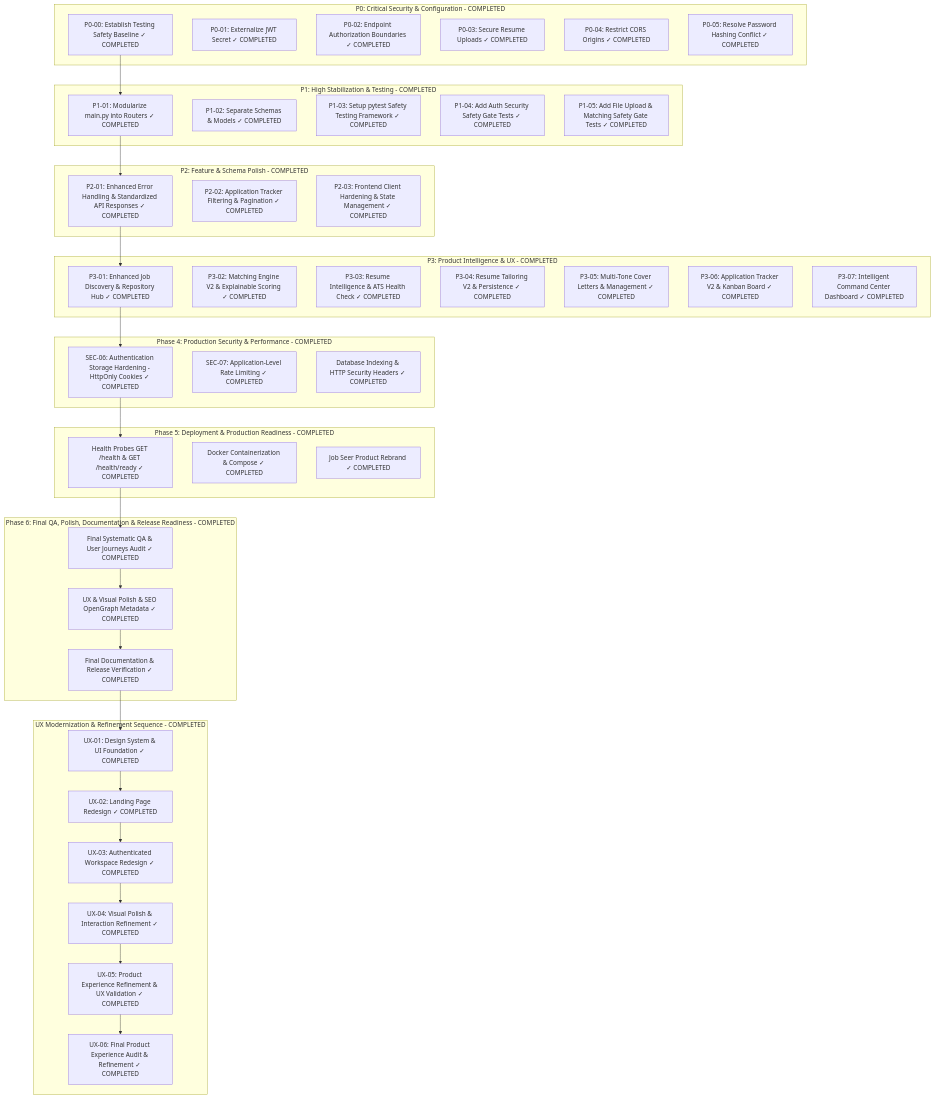
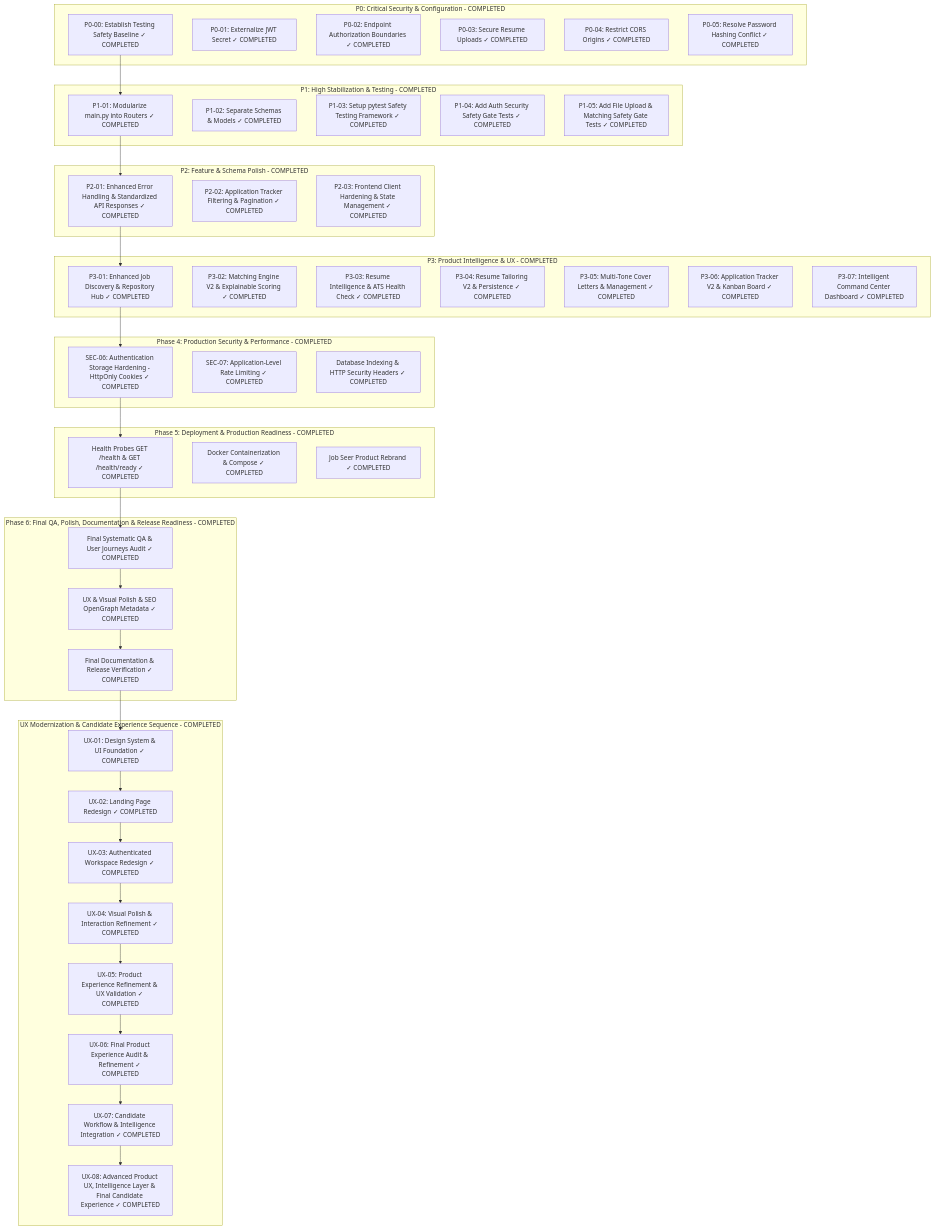
Before and after one commit to AlvinMutie/Job-seer: the diagram in docs/ROADMAP.md, drawn with Mermaid. The commit also changed other lines of this file and 47 other files, not shown here.

````diff
--- a/docs/ROADMAP.md
+++ b/docs/ROADMAP.md
@@ -9,64 +9,66 @@
 ```mermaid
 flowchart TD
     subgraph P0 [P0: Critical Security & Configuration - COMPLETED]
         P0-00[P0-00: Establish Testing Safety Baseline ✓ COMPLETED]
         P0-01[P0-01: Externalize JWT Secret ✓ COMPLETED]
         P0-02[P0-02: Endpoint Authorization Boundaries ✓ COMPLETED]
         P0-03[P0-03: Secure Resume Uploads ✓ COMPLETED]
         P0-04[P0-04: Restrict CORS Origins ✓ COMPLETED]
         P0-05[P0-05: Resolve Password Hashing Conflict ✓ COMPLETED]
     end
 
     subgraph P1 [P1: High Stabilization & Testing - COMPLETED]
         P1-01[P1-01: Modularize main.py into Routers ✓ COMPLETED]
         P1-02[P1-02: Separate Schemas & Models ✓ COMPLETED]
         P1-03[P1-03: Setup pytest Safety Testing Framework ✓ COMPLETED]
         P1-04[P1-04: Add Auth Security Safety Gate Tests ✓ COMPLETED]
         P1-05[P1-05: Add File Upload & Matching Safety Gate Tests ✓ COMPLETED]
     end
 
     subgraph P2 [P2: Feature & Schema Polish - COMPLETED]
         P2-01[P2-01: Enhanced Error Handling & Standardized API Responses ✓ COMPLETED]
         P2-02[P2-02: Application Tracker Filtering & Pagination ✓ COMPLETED]
         P2-03[P2-03: Frontend Client Hardening & State Management ✓ COMPLETED]
     end
 
     subgraph P3 [P3: Product Intelligence & UX - COMPLETED]
         P3-01[P3-01: Enhanced Job Discovery & Repository Hub ✓ COMPLETED]
         P3-02[P3-02: Matching Engine V2 & Explainable Scoring ✓ COMPLETED]
         P3-03[P3-03: Resume Intelligence & ATS Health Check ✓ COMPLETED]
         P3-04[P3-04: Resume Tailoring V2 & Persistence ✓ COMPLETED]
         P3-05[P3-05: Multi-Tone Cover Letters & Management ✓ COMPLETED]
         P3-06[P3-06: Application Tracker V2 & Kanban Board ✓ COMPLETED]
         P3-07[P3-07: Intelligent Command Center Dashboard ✓ COMPLETED]
     end
 
     subgraph P4 [Phase 4: Production Security & Performance - COMPLETED]
         P4-SEC06[SEC-06: Authentication Storage Hardening - HttpOnly Cookies ✓ COMPLETED]
         P4-SEC07[SEC-07: Application-Level Rate Limiting ✓ COMPLETED]
         P4-PERF[Database Indexing & HTTP Security Headers ✓ COMPLETED]
     end
 
     subgraph P5 [Phase 5: Deployment & Production Readiness - COMPLETED]
         P5-HEALTH[Health Probes GET /health & GET /health/ready ✓ COMPLETED]
         P5-DOCKER[Docker Containerization & Compose ✓ COMPLETED]
         P5-REBRAND[Job Seer Product Rebrand ✓ COMPLETED]
     end
 
     subgraph P6 [Phase 6: Final QA, Polish, Documentation & Release Readiness - COMPLETED]
         P6-QA[Final Systematic QA & User Journeys Audit ✓ COMPLETED]
         P6-POLISH[UX & Visual Polish & SEO OpenGraph Metadata ✓ COMPLETED]
         P6-DOCS[Final Documentation & Release Verification ✓ COMPLETED]
     end
 
-    subgraph UX [UX Modernization & Refinement Sequence - COMPLETED]
+    subgraph UX [UX Modernization & Candidate Experience Sequence - COMPLETED]
         UX-01[UX-01: Design System & UI Foundation ✓ COMPLETED]
         UX-02[UX-02: Landing Page Redesign ✓ COMPLETED]
         UX-03[UX-03: Authenticated Workspace Redesign ✓ COMPLETED]
         UX-04[UX-04: Visual Polish & Interaction Refinement ✓ COMPLETED]
         UX-05[UX-05: Product Experience Refinement & UX Validation ✓ COMPLETED]
         UX-06[UX-06: Final Product Experience Audit & Refinement ✓ COMPLETED]
+        UX-07[UX-07: Candidate Workflow & Intelligence Integration ✓ COMPLETED]
+        UX-08[UX-08: Advanced Product UX, Intelligence Layer & Final Candidate Experience ✓ COMPLETED]
     end
 
-    P0-00 --> P1-01 --> P2-01 --> P3-01 --> P4-SEC06 --> P5-HEALTH --> P6-QA --> P6-POLISH --> P6-DOCS --> UX-01 --> UX-02 --> UX-03 --> UX-04 --> UX-05 --> UX-06
+    P0-00 --> P1-01 --> P2-01 --> P3-01 --> P4-SEC06 --> P5-HEALTH --> P6-QA --> P6-POLISH --> P6-DOCS --> UX-01 --> UX-02 --> UX-03 --> UX-04 --> UX-05 --> UX-06 --> UX-07 --> UX-08
 ```
````
